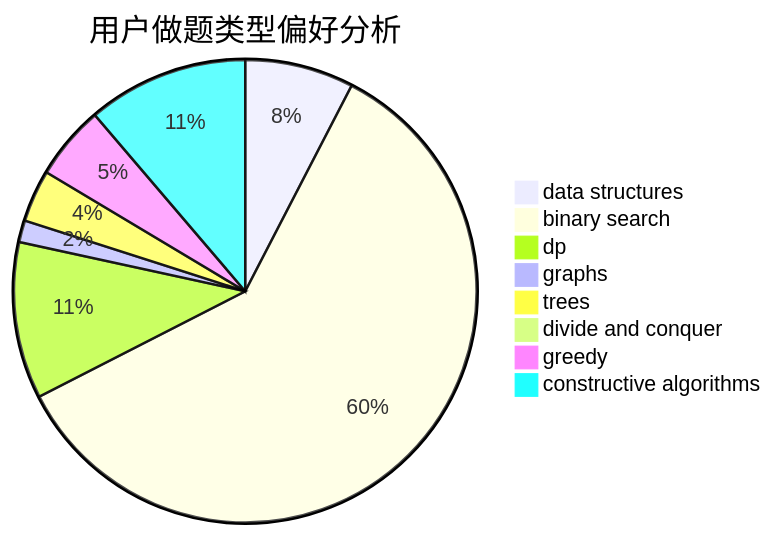
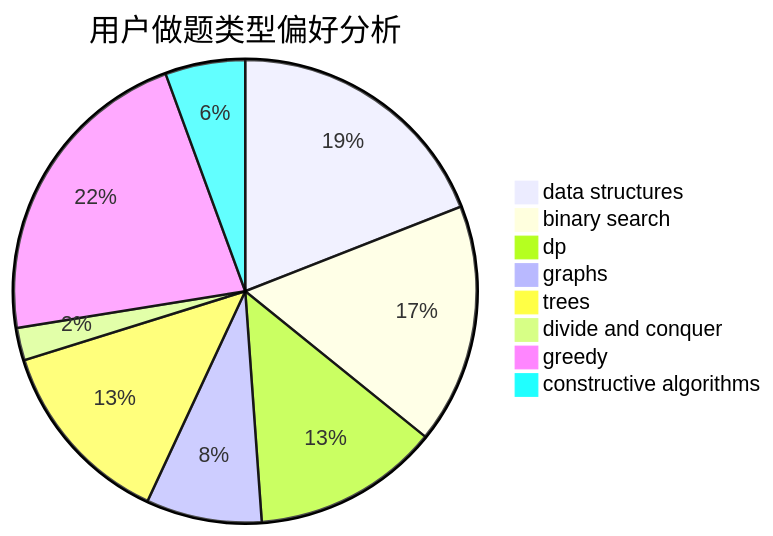
The second of 3 diagrams in docs/user/u1952.md (sherpahu/cfrs.github.io), drawn with Mermaid before and after one commit. The commit also changed other lines of this file and 2770 other files, not shown here.

````diff
--- a/docs/user/u1952.md
+++ b/docs/user/u1952.md
@@ -23,11 +23,11 @@
 ```mermaid
 pie title 用户做题类型偏好分析
-    "data structures" :  25
-    "binary search" :  197
-    "dp" :  36
-    "graphs" :  5
-    "trees" :  12
-    "divide and conquer" :  0
-    "greedy" :  17
-    "constructive algorithms" :  37
+    "data structures" :  92
+    "binary search" :  81
+    "dp" :  63
+    "graphs" :  39
+    "trees" :  64
+    "divide and conquer" :  11
+    "greedy" :  106
+    "constructive algorithms" :  27
 ```
````
